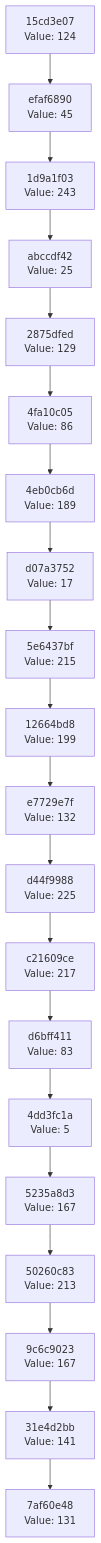
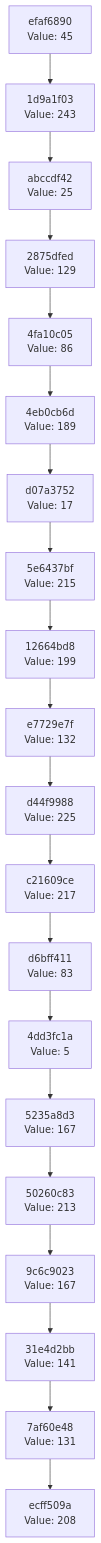
One commit to Abhisheksinha1506/hash-chain-evolver changed the diagram in docs/CHAIN_VISUALIZATION.md. Above: the diagram before and after it, drawn with Mermaid. The commit also changed 3 other files, not shown here.

````diff
--- a/docs/CHAIN_VISUALIZATION.md
+++ b/docs/CHAIN_VISUALIZATION.md
@@ -3,42 +3,42 @@
 ```mermaid
 graph TD
-    C0["7af60e48<br/>Value: 131"]
-    C1["31e4d2bb<br/>Value: 141"]
+    C0["ecff509a<br/>Value: 208"]
+    C1["7af60e48<br/>Value: 131"]
     C1 --> C0
-    C2["9c6c9023<br/>Value: 167"]
+    C2["31e4d2bb<br/>Value: 141"]
     C2 --> C1
-    C3["50260c83<br/>Value: 213"]
+    C3["9c6c9023<br/>Value: 167"]
     C3 --> C2
-    C4["5235a8d3<br/>Value: 167"]
+    C4["50260c83<br/>Value: 213"]
     C4 --> C3
-    C5["4dd3fc1a<br/>Value: 5"]
+    C5["5235a8d3<br/>Value: 167"]
     C5 --> C4
-    C6["d6bff411<br/>Value: 83"]
+    C6["4dd3fc1a<br/>Value: 5"]
     C6 --> C5
-    C7["c21609ce<br/>Value: 217"]
+    C7["d6bff411<br/>Value: 83"]
     C7 --> C6
-    C8["d44f9988<br/>Value: 225"]
+    C8["c21609ce<br/>Value: 217"]
     C8 --> C7
-    C9["e7729e7f<br/>Value: 132"]
+    C9["d44f9988<br/>Value: 225"]
     C9 --> C8
-    C10["12664bd8<br/>Value: 199"]
+    C10["e7729e7f<br/>Value: 132"]
     C10 --> C9
-    C11["5e6437bf<br/>Value: 215"]
+    C11["12664bd8<br/>Value: 199"]
     C11 --> C10
-    C12["d07a3752<br/>Value: 17"]
+    C12["5e6437bf<br/>Value: 215"]
     C12 --> C11
-    C13["4eb0cb6d<br/>Value: 189"]
+    C13["d07a3752<br/>Value: 17"]
     C13 --> C12
-    C14["4fa10c05<br/>Value: 86"]
+    C14["4eb0cb6d<br/>Value: 189"]
     C14 --> C13
-    C15["2875dfed<br/>Value: 129"]
+    C15["4fa10c05<br/>Value: 86"]
     C15 --> C14
-    C16["abccdf42<br/>Value: 25"]
+    C16["2875dfed<br/>Value: 129"]
     C16 --> C15
-    C17["1d9a1f03<br/>Value: 243"]
+    C17["abccdf42<br/>Value: 25"]
     C17 --> C16
-    C18["efaf6890<br/>Value: 45"]
+    C18["1d9a1f03<br/>Value: 243"]
     C18 --> C17
-    C19["15cd3e07<br/>Value: 124"]
+    C19["efaf6890<br/>Value: 45"]
     C19 --> C18
 ```
````
